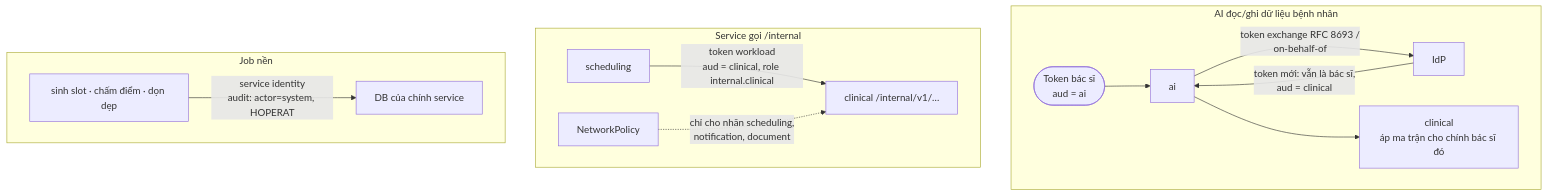
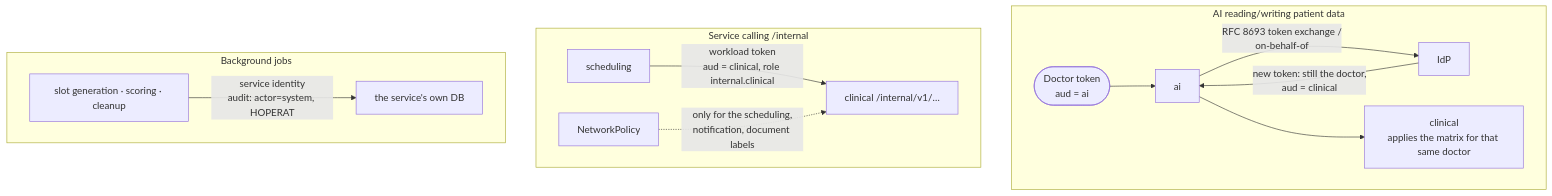
Before and after one commit to viethung12062005/smart-hospital-platform: the eighth of 18 diagrams in docs/03-architecture/architecture-diagrams.md, drawn with Mermaid. The commit also changed other lines of this file and 346 other files, not shown here.

````diff
--- a/docs/03-architecture/architecture-diagrams.md
+++ b/docs/03-architecture/architecture-diagrams.md
@@ -359,19 +359,19 @@
 ```mermaid
 flowchart TB
-  subgraph OBO["AI đọc/ghi dữ liệu bệnh nhân"]
+  subgraph OBO["AI reading/writing patient data"]
     direction LR
-    U1(["Token bác sĩ<br/>aud = ai"]) --> AI1["ai"]
-    AI1 -- "token exchange RFC 8693 /<br/>on-behalf-of" --> IDP1["IdP"]
-    IDP1 -- "token mới: vẫn là bác sĩ,<br/>aud = clinical" --> AI1
-    AI1 --> CLI1["clinical<br/>áp ma trận cho chính bác sĩ đó"]
+    U1(["Doctor token<br/>aud = ai"]) --> AI1["ai"]
+    AI1 -- "RFC 8693 token exchange /<br/>on-behalf-of" --> IDP1["IdP"]
+    IDP1 -- "new token: still the doctor,<br/>aud = clinical" --> AI1
+    AI1 --> CLI1["clinical<br/>applies the matrix for that same doctor"]
   end
-  subgraph S2S["Service gọi /internal"]
+  subgraph S2S["Service calling /internal"]
     direction LR
-    SCH2["scheduling"] -- "token workload<br/>aud = clinical, role internal.clinical" --> CLI2["clinical /internal/v1/…"]
-    NP2["NetworkPolicy"] -. "chỉ cho nhãn scheduling,<br/>notification, document" .-> CLI2
+    SCH2["scheduling"] -- "workload token<br/>aud = clinical, role internal.clinical" --> CLI2["clinical /internal/v1/…"]
+    NP2["NetworkPolicy"] -. "only for the scheduling,<br/>notification, document labels" .-> CLI2
   end
-  subgraph JOB["Job nền"]
+  subgraph JOB["Background jobs"]
     direction LR
-    J["sinh slot · chấm điểm · dọn dẹp"] -- "service identity<br/>audit: actor=system, HOPERAT" --> D["DB của chính service"]
+    J["slot generation · scoring · cleanup"] -- "service identity<br/>audit: actor=system, HOPERAT" --> D["the service's own DB"]
   end
 ```
````
